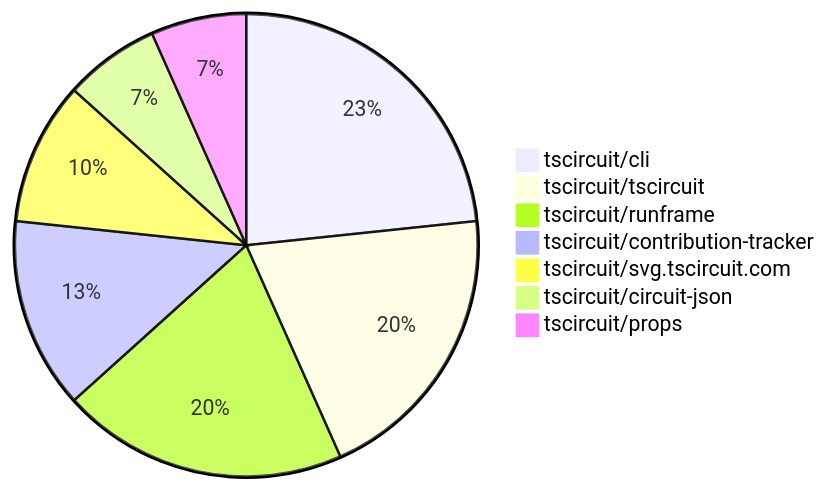
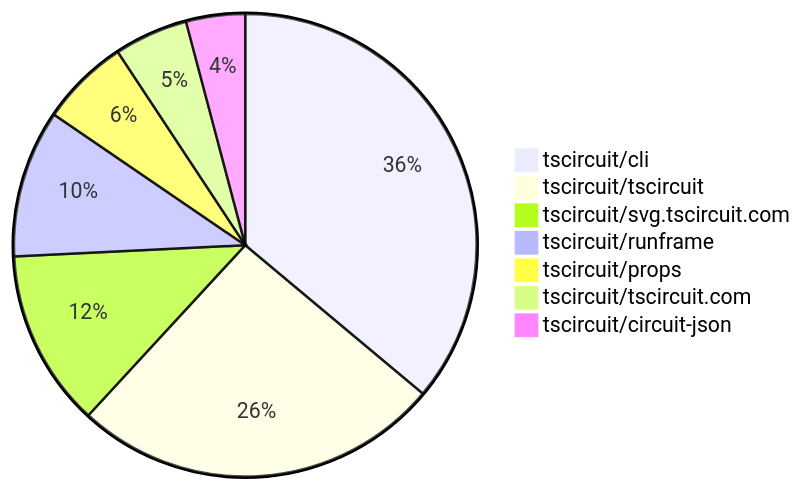
Before and after one commit to tscircuit/contribution-tracker: the second of 2 diagrams in contribution-overviews/2025-11-26.md, drawn with Mermaid. The commit also changed other lines of this file and 3 other files, not shown here.

````diff
--- a/contribution-overviews/2025-11-26.md
+++ b/contribution-overviews/2025-11-26.md
@@ -67,10 +84,10 @@
 ```mermaid
 pie
-    "tscircuit/cli" : 7
-    "tscircuit/tscircuit" : 6
-    "tscircuit/runframe" : 6
-    "tscircuit/contribution-tracker" : 4
-    "tscircuit/svg.tscircuit.com" : 3
-    "tscircuit/circuit-json" : 2
-    "tscircuit/props" : 2
+    "tscircuit/cli" : 35
+    "tscircuit/tscircuit" : 25
+    "tscircuit/svg.tscircuit.com" : 12
+    "tscircuit/runframe" : 10
+    "tscircuit/props" : 6
+    "tscircuit/tscircuit.com" : 5
+    "tscircuit/circuit-json" : 4
 ```
````
